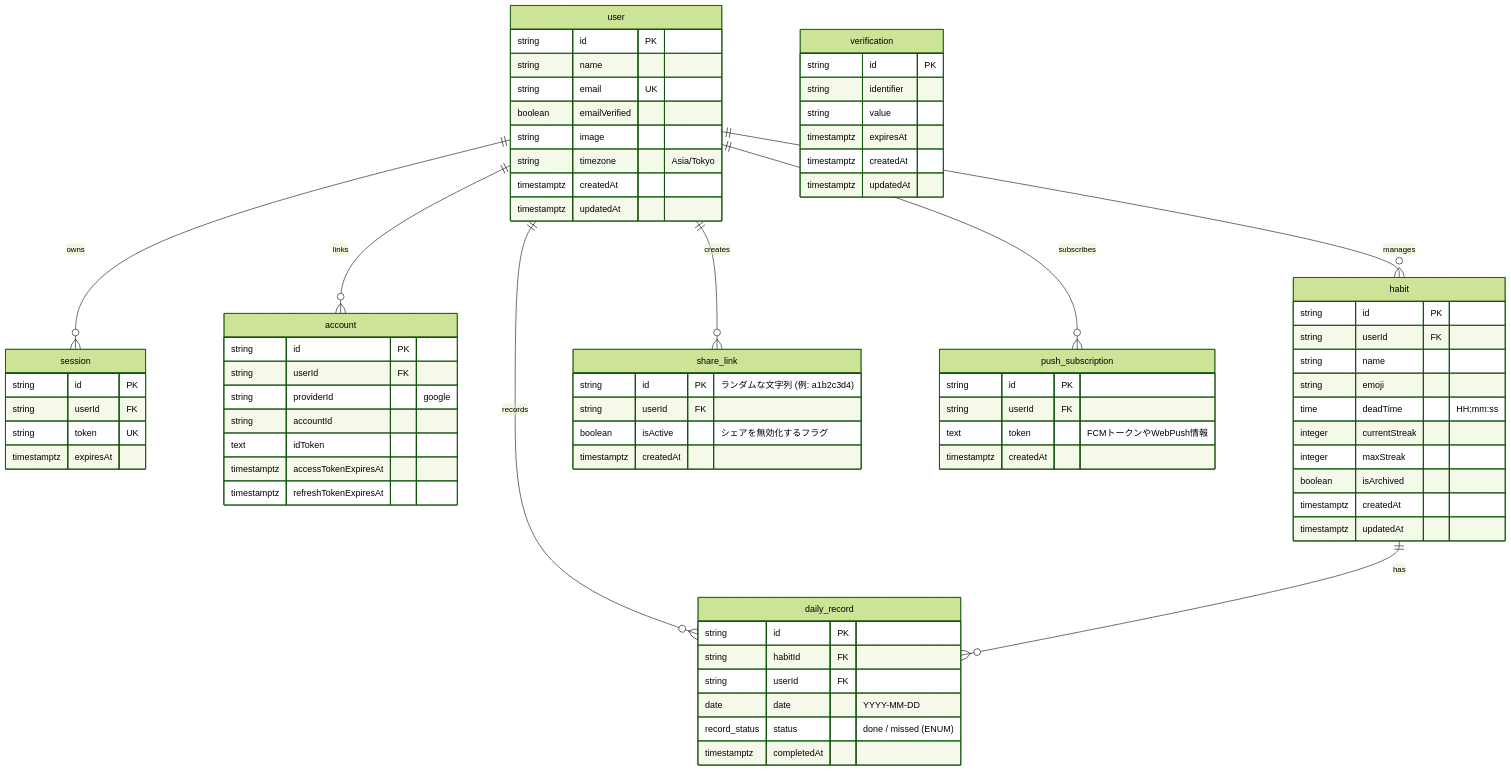
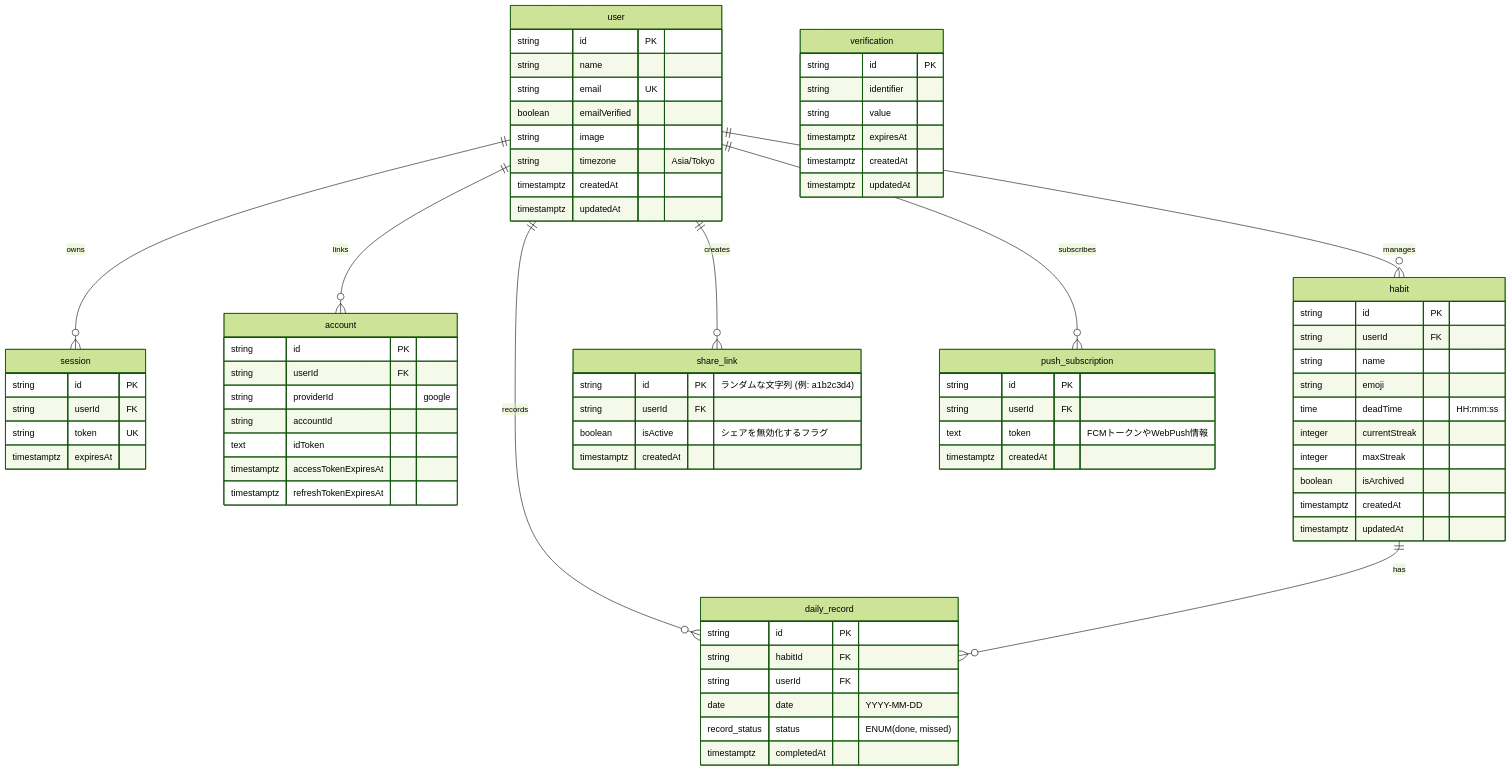
One commit to devegoma/dailygreen changed the diagram in docs/db.md. Above: the diagram before and after it, drawn with Mermaid (forest theme). The commit also changed other lines of this file and 1 other file, not shown here.

First line of the commit message:
docs: Copilotレビュー指摘に対応（record_status定義、OGP表記、spec/db整合）

```diff
--- a/docs/db.md
+++ b/docs/db.md
@@ -71,7 +71,7 @@
         string habitId FK
         string userId FK
         date date "YYYY-MM-DD"
-        record_status status "done / missed (ENUM)"
+        record_status status "ENUM(done, missed)"
         timestamptz completedAt
     }
 
```
